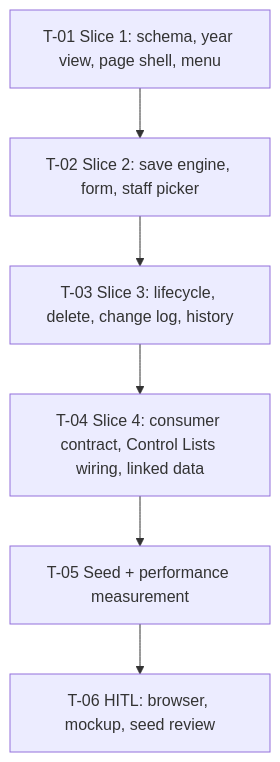
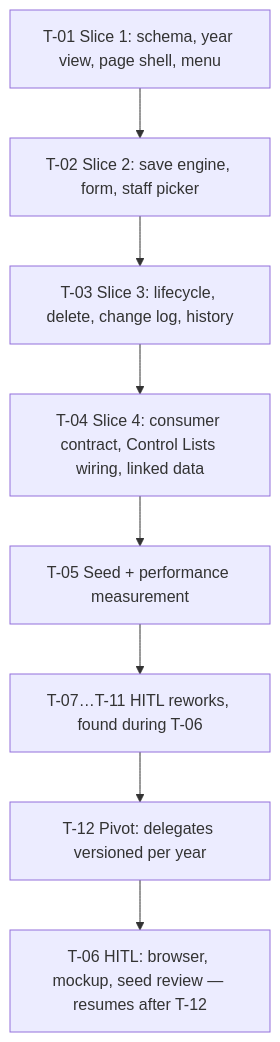
Before and after one commit to AllianceBioversityCIAT/alliance-research-indicators-main: the diagram in docs/specs/institutional-performance/organizational-structure/tasks.md, drawn with Mermaid. The commit also changed other lines of this file and 3 other files, not shown here.

First line of the commit message:
[SPEC:institutional-performance/organizational-structure] docs(organizational-structure): pivot draft, delegates versioned per year (awaiting approval)

````diff
--- a/docs/specs/institutional-performance/organizational-structure/tasks.md
+++ b/docs/specs/institutional-performance/organizational-structure/tasks.md
@@ -31,8 +31,10 @@
 ```mermaid
 graph TD
   T01[T-01 Slice 1: schema, year view, page shell, menu] --> T02[T-02 Slice 2: save engine, form, staff picker]
   T02 --> T03[T-03 Slice 3: lifecycle, delete, change log, history]
   T03 --> T04[T-04 Slice 4: consumer contract, Control Lists wiring, linked data]
   T04 --> T05[T-05 Seed + performance measurement]
-  T05 --> T06[T-06 HITL: browser, mockup, seed review]
+  T05 --> RW[T-07…T-11 HITL reworks, found during T-06]
+  RW --> T12[T-12 Pivot: delegates versioned per year]
+  T12 --> T06[T-06 HITL: browser, mockup, seed review — resumes after T-12]
 ```
````
